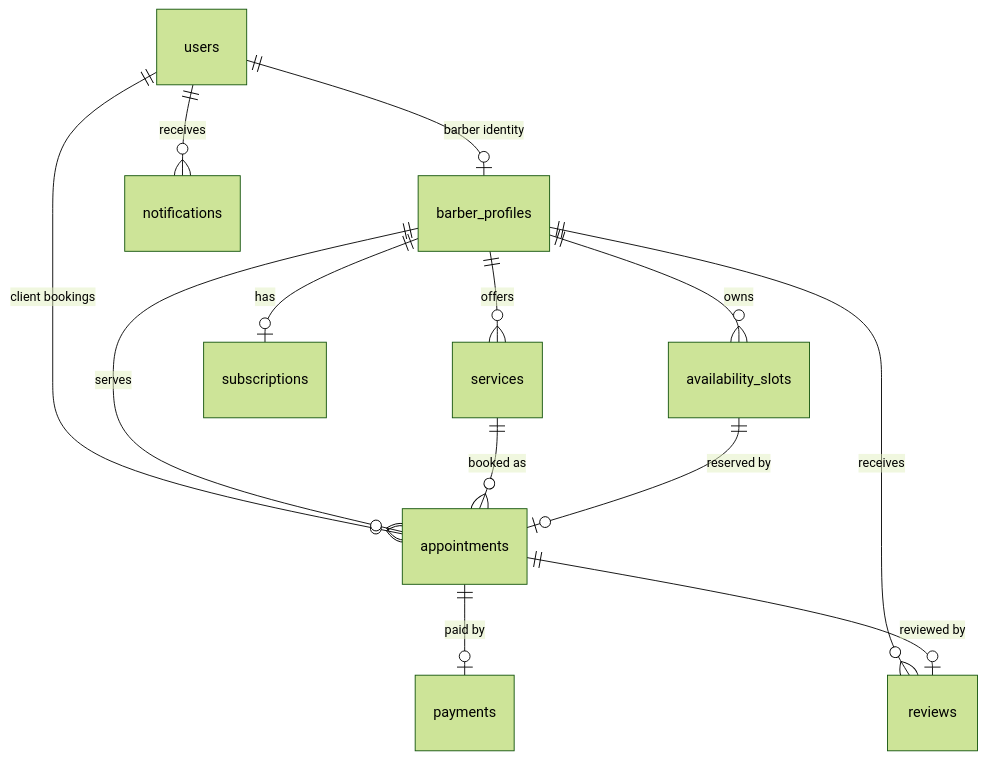
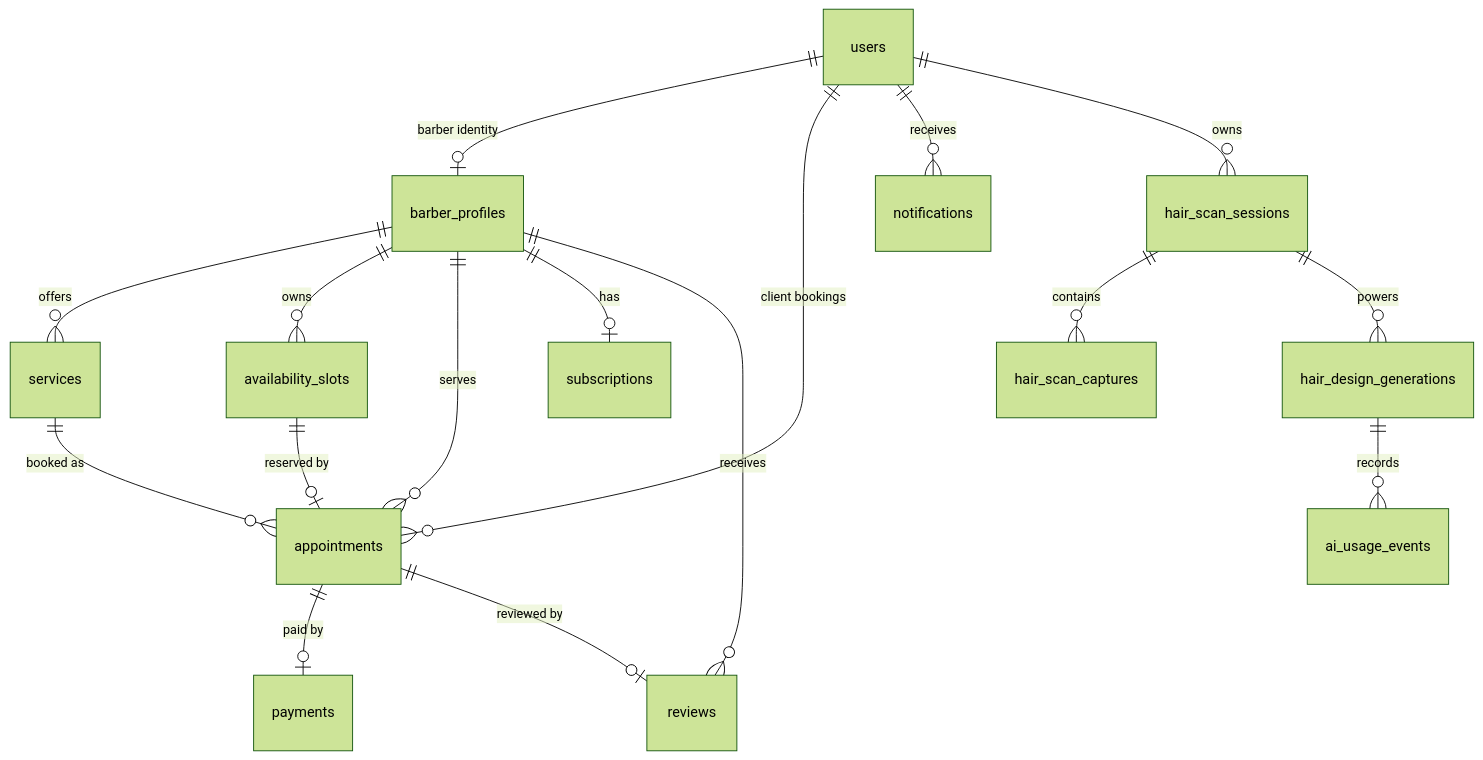
Before and after one commit to bishwo9898/cutG: the diagram in docs/DATABASE.md, drawn with Mermaid (forest theme). The commit also changed other lines of this file and 74 other files, not shown here.

````diff
--- a/docs/DATABASE.md
+++ b/docs/DATABASE.md
@@ -21,15 +26,19 @@
 ```mermaid
 erDiagram
   users ||--o| barber_profiles : "barber identity"
   users ||--o{ appointments : "client bookings"
   users ||--o{ notifications : "receives"
   barber_profiles ||--o{ services : "offers"
   barber_profiles ||--o{ availability_slots : "owns"
   barber_profiles ||--o{ appointments : "serves"
   barber_profiles ||--o| subscriptions : "has"
   barber_profiles ||--o{ reviews : "receives"
   services ||--o{ appointments : "booked as"
   availability_slots ||--o| appointments : "reserved by"
   appointments ||--o| payments : "paid by"
   appointments ||--o| reviews : "reviewed by"
+  users ||--o{ hair_scan_sessions : "owns"
+  hair_scan_sessions ||--o{ hair_scan_captures : "contains"
+  hair_scan_sessions ||--o{ hair_design_generations : "powers"
+  hair_design_generations ||--o{ ai_usage_events : "records"
 ```
````
